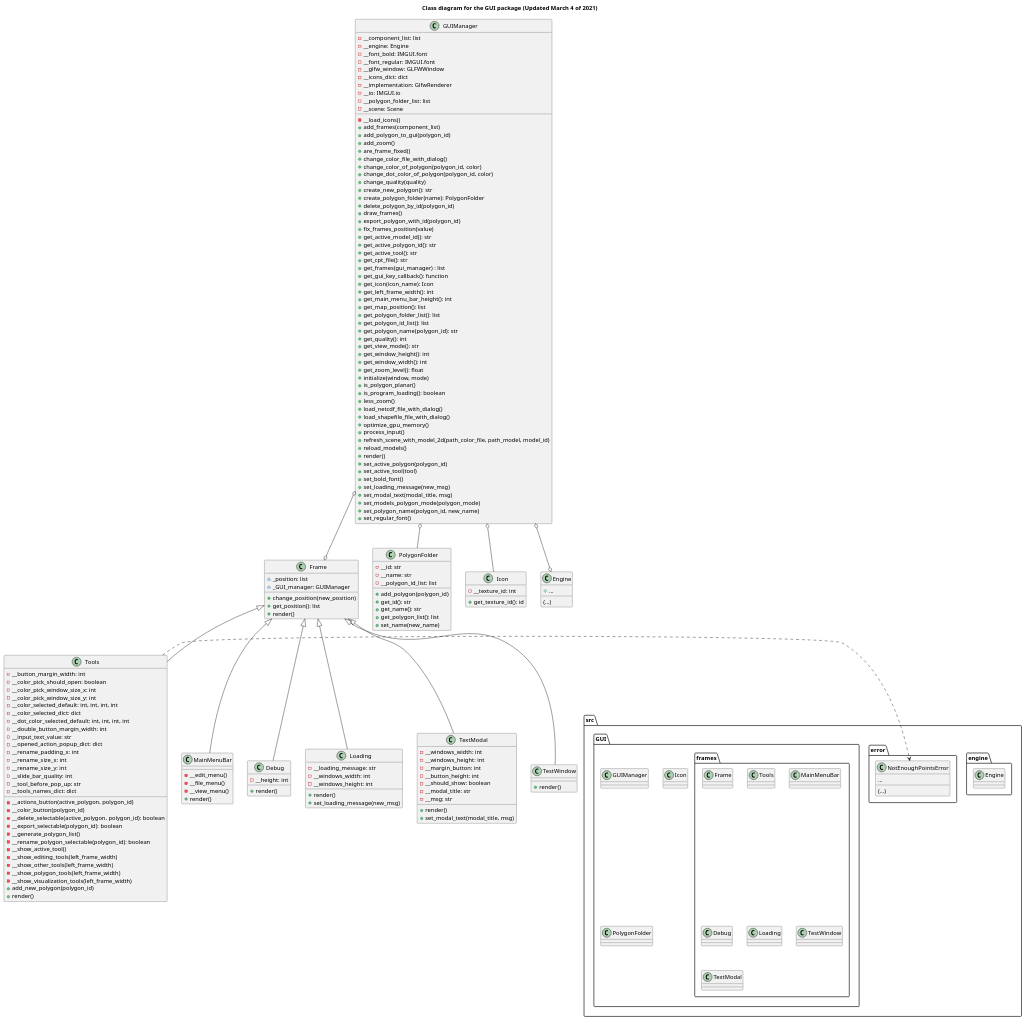
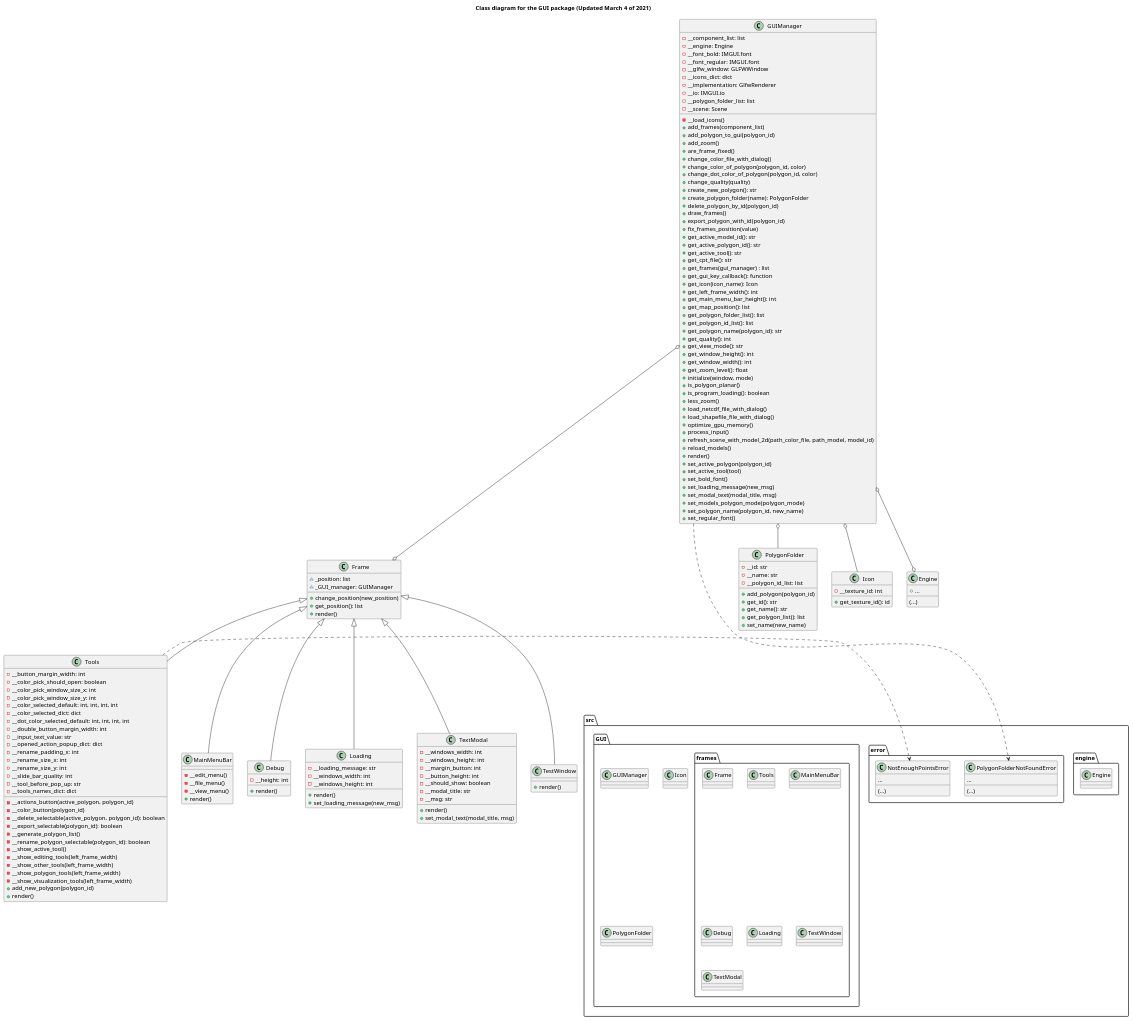
One commit to ferpoble2/Relief_Creator changed the diagram in docs/gui_package.puml. Above: the diagram before and after it, drawn with PlantUML. The commit also changed 5 other files, not shown here.

First line of the commit message:
Added method delete_polygon_folder to guimanager.py.

```diff
--- a/docs/gui_package.puml
+++ b/docs/gui_package.puml
@@ -11,6 +11,11 @@
 
     package error {
         class NotEnoughPointsError {
+            ...
+            (...)
+        }
+
+        class PolygonFolderNotFoundError {
             ...
             (...)
         }
@@ -216,6 +221,7 @@
 GUIManager o--o Frame
 GUIManager o--o Engine
 
+GUIManager .> PolygonFolderNotFoundError
 Tools .> NotEnoughPointsError
 
 @enduml
```
